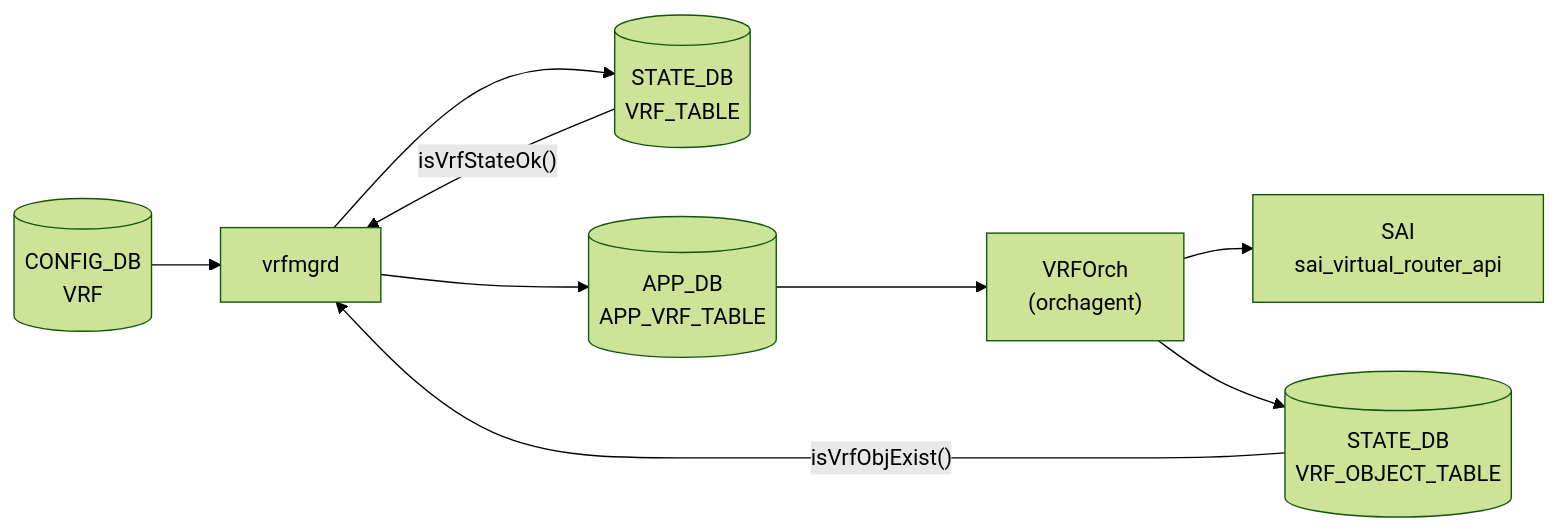
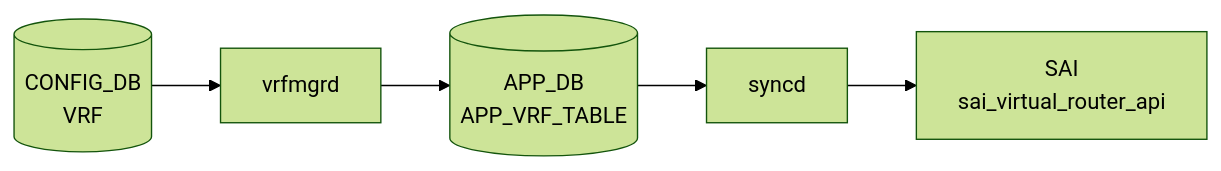
Before and after one commit to aoki-taquan/sonic-unofficial-docs: the diagram in docs/reference/config-db/state-vrf.md, drawn with Mermaid (forest theme). The commit also changed other lines of this file and 359 other files, not shown here.

````diff
--- a/docs/reference/config-db/state-vrf.md
+++ b/docs/reference/config-db/state-vrf.md
@@ -56,19 +56,12 @@
 ```mermaid
 flowchart LR
   CDB[("CONFIG_DB<br/>VRF")]
-  VRFMGRD["vrfmgrd"]
-  STATE_VRF[("STATE_DB<br/>VRF_TABLE")]
+  DM["vrfmgrd"]
+  CDB --> DM
   APPDB[("APP_DB<br/>APP_VRF_TABLE")]
-  ORCHAGENT["VRFOrch<br/>(orchagent)"]
-  STATE_OBJ[("STATE_DB<br/>VRF_OBJECT_TABLE")]
+  DM --> APPDB
+  SYNCD["syncd"]
+  APPDB --> SYNCD
   SAI["SAI<br/>sai_virtual_router_api"]
-
-  CDB --> VRFMGRD
-  VRFMGRD --> STATE_VRF
-  VRFMGRD --> APPDB
-  APPDB --> ORCHAGENT
-  ORCHAGENT --> SAI
-  ORCHAGENT --> STATE_OBJ
-  STATE_VRF -->|"isVrfStateOk()"| VRFMGRD
-  STATE_OBJ -->|"isVrfObjExist()"| VRFMGRD
+  SYNCD --> SAI
 ```
````
